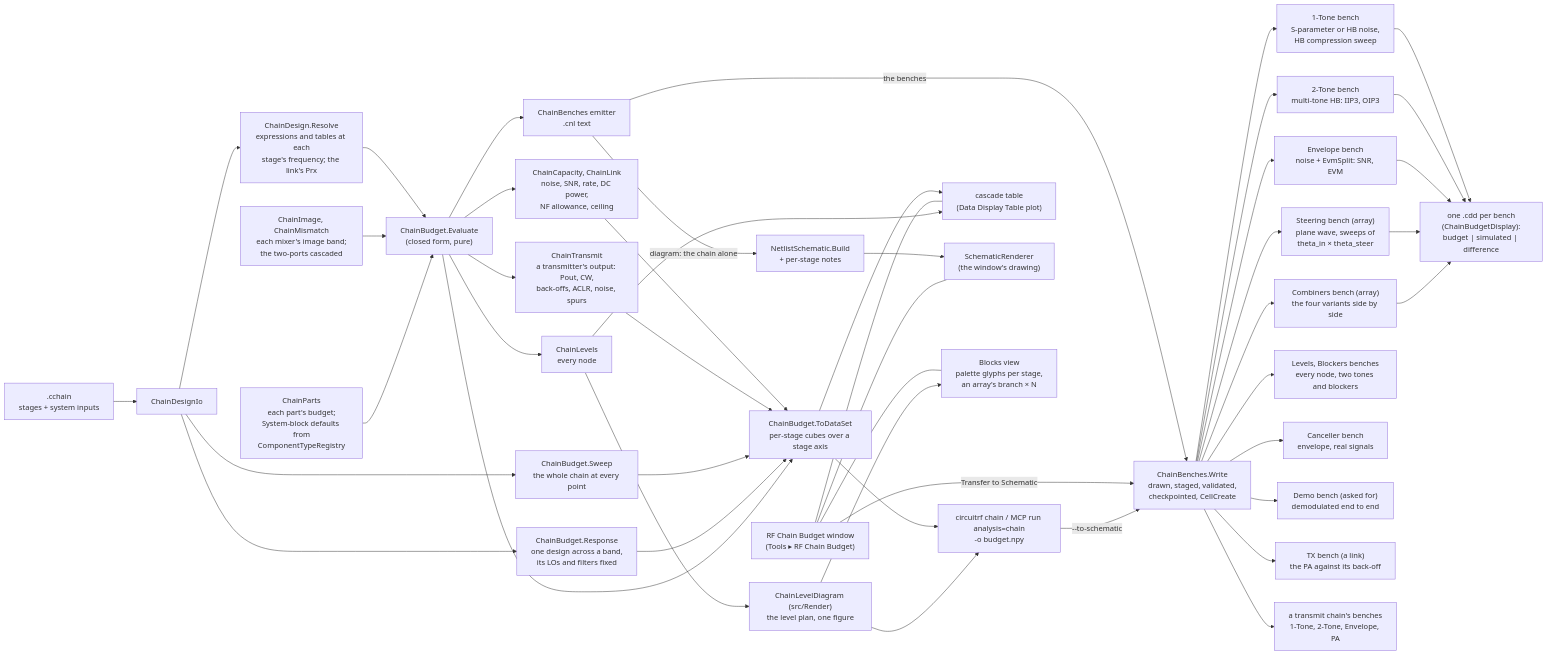
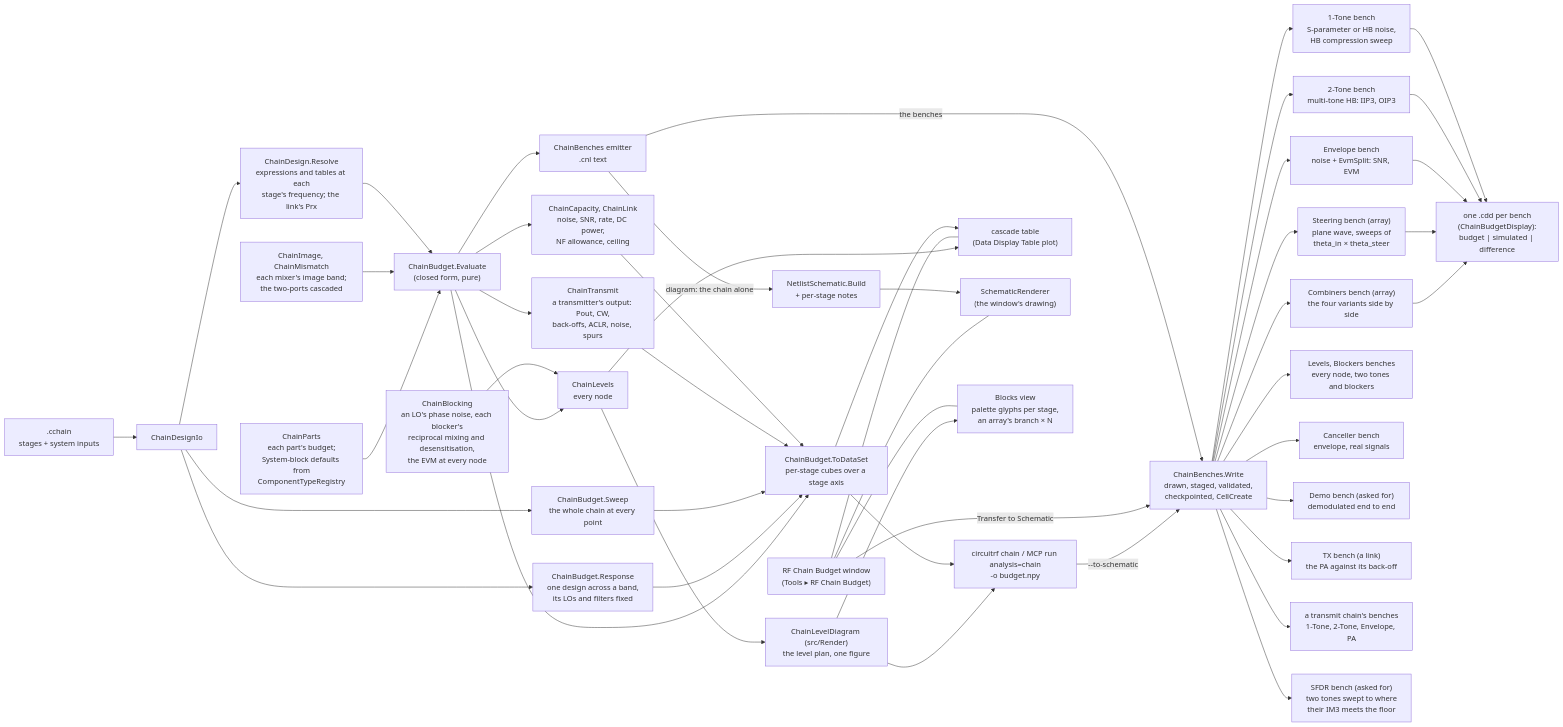
Before and after one commit to aissus/circuitRF: the diagram in docs/design/chain-budget.md, drawn with Mermaid. The commit also changed other lines of this file and 13 other files, not shown here.

First line of the commit message:
Docs: an LO's phase noise, the blockers' reciprocal mixing and desensitisation, the EVM at every node, the SFDR bench

````diff
--- a/docs/design/chain-budget.md
+++ b/docs/design/chain-budget.md
@@ -9,42 +9,44 @@
 ```mermaid
 flowchart LR
     doc[".cchain<br/>stages + system inputs"] --> io["ChainDesignIo"]
     io --> resolve["ChainDesign.Resolve<br/>expressions and tables at each<br/>stage's frequency; the link's Prx"]
     resolve --> calc["ChainBudget.Evaluate<br/>(closed form, pure)"]
     calc --> readouts["ChainCapacity, ChainLink<br/>noise, SNR, rate, DC power,<br/>NF allowance, ceiling"] --> ds
     calc --> txr["ChainTransmit<br/>a transmitter's output: Pout, CW,<br/>back-offs, ACLR, noise, spurs"] --> ds
     io --> sweep["ChainBudget.Sweep<br/>the whole chain at every point"] --> ds
     io --> rsp["ChainBudget.Response<br/>one design across a band,<br/>its LOs and filters fixed"] --> ds
     fid["ChainImage, ChainMismatch<br/>each mixer's image band;<br/>the two-ports cascaded"] --> calc
+    blk["ChainBlocking<br/>an LO's phase noise, each blocker's<br/>reciprocal mixing and desensitisation,<br/>the EVM at every node"] --> levels
     parts["ChainParts<br/>each part's budget;<br/>System-block defaults from<br/>ComponentTypeRegistry"] --> calc
     calc --> ds["ChainBudget.ToDataSet<br/>per-stage cubes over a stage axis"]
     ds --> verb["circuitrf chain / MCP run analysis=chain<br/>-o budget.npy"]
     ds --> table["cascade table<br/>(Data Display Table plot)"]
     calc --> emit["ChainBenches emitter<br/>.cnl text"]
     emit -- "diagram: the chain alone" --> draw["NetlistSchematic.Build<br/>+ per-stage notes"] --> canvas["SchematicRenderer<br/>(the window's drawing)"]
     emit -- "the benches" --> write["ChainBenches.Write<br/>drawn, staged, validated,<br/>checkpointed, CellCreate"]
     win["RF Chain Budget window<br/>(Tools ▸ RF Chain Budget)"] --- table
     win --- canvas
     win --- blocks["Blocks view<br/>palette glyphs per stage,<br/>an array's branch × N"]
     win -- "Transfer to Schematic" --> write
     verb -- "--to-schematic" --> write
     write --> one["1-Tone bench<br/>S-parameter or HB noise,<br/>HB compression sweep"]
     write --> two["2-Tone bench<br/>multi-tone HB: IIP3, OIP3"]
     write --> env["Envelope bench<br/>noise + EvmSplit: SNR, EVM"]
     write --> steer["Steering bench (array)<br/>plane wave, sweeps of<br/>theta_in × theta_steer"]
     write --> comb["Combiners bench (array)<br/>the four variants side by side"]
     write --> lev["Levels, Blockers benches<br/>every node, two tones and blockers"]
     write --> canc["Canceller bench<br/>envelope, real signals"]
     write --> demo["Demo bench (asked for)<br/>demodulated end to end"]
     write --> tx["TX bench (a link)<br/>the PA against its back-off"]
     write --> txc["a transmit chain's benches<br/>1-Tone, 2-Tone, Envelope, PA"]
+    write --> sfdr["SFDR bench (asked for)<br/>two tones swept to where<br/>their IM3 meets the floor"]
     calc --> levels["ChainLevels<br/>every node"] --> table
     levels --> diagram["ChainLevelDiagram (src/Render)<br/>the level plan, one figure"]
     diagram --> blocks
     diagram --> verb
     one --> cdd["one .cdd per bench<br/>(ChainBudgetDisplay):<br/>budget | simulated | difference"]
     two --> cdd
     env --> cdd
     steer --> cdd
     comb --> cdd
 ```
````
